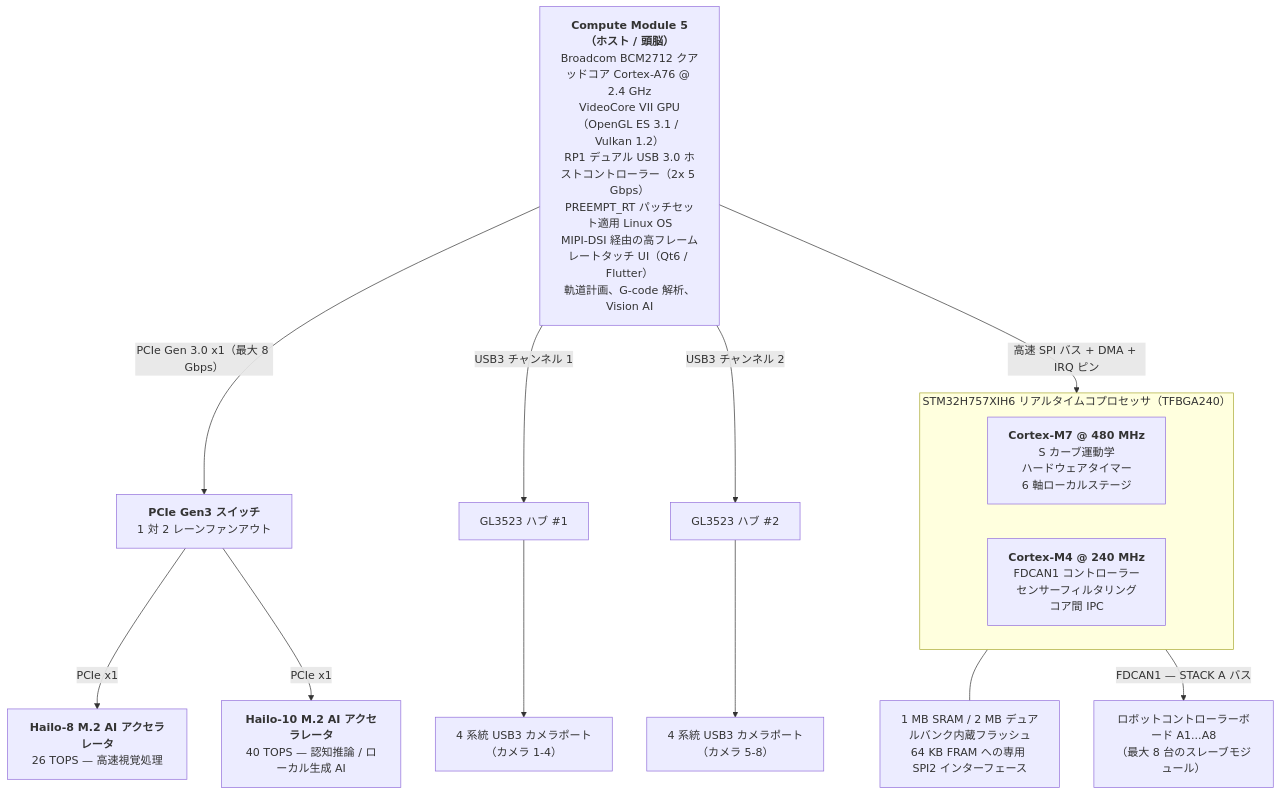
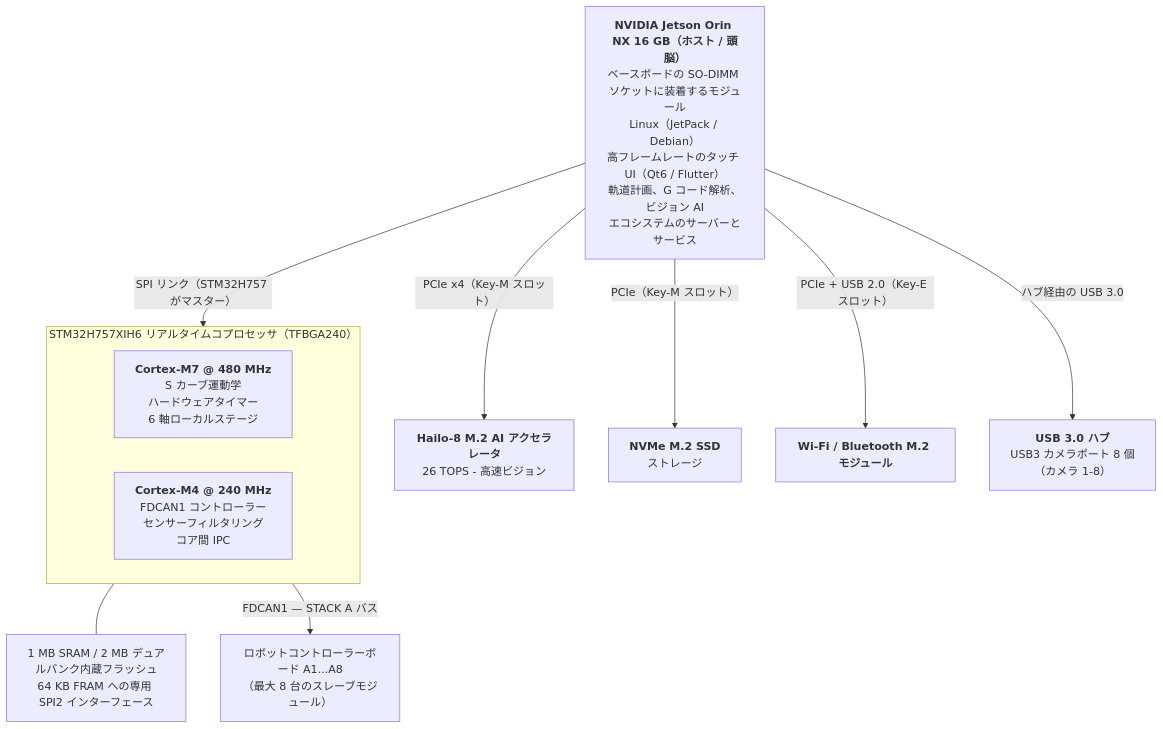
The first of 3 diagrams in README_jpn.md (JuanenRac/HYDRA-UMC), drawn with Mermaid before and after one commit. The commit also changed other lines of this file and 8 other files, not shown here.

Commit message:
Draw the Jetson baseboard in the README block diagram and feature list

````diff
--- a/README_jpn.md
+++ b/README_jpn.md
@@ -93,24 +95,21 @@
 ```mermaid
 flowchart TB
-    CM5["<b>Compute Module 5（ホスト / 頭脳）</b><br/>Broadcom BCM2712 クアッドコア Cortex-A76 @ 2.4 GHz<br/>VideoCore VII GPU（OpenGL ES 3.1 / Vulkan 1.2）<br/>RP1 デュアル USB 3.0 ホストコントローラー（2x 5 Gbps）<br/>PREEMPT_RT パッチセット適用 Linux OS<br/>MIPI-DSI 経由の高フレームレートタッチ UI（Qt6 / Flutter）<br/>軌道計画、G-code 解析、Vision AI"]
+    JETSON["<b>NVIDIA Jetson Orin NX 16 GB（ホスト / 頭脳）</b><br/>ベースボードの SO-DIMM ソケットに装着するモジュール<br/>Linux（JetPack / Debian）<br/>高フレームレートのタッチ UI（Qt6 / Flutter）<br/>軌道計画、G コード解析、ビジョン AI<br/>エコシステムのサーバーとサービス"]
 
-    CM5 -- "PCIe Gen 3.0 x1（最大 8 Gbps）" --> PCIESW["<b>PCIe Gen3 スイッチ</b><br/>1 対 2 レーンファンアウト"]
-    PCIESW -- "PCIe x1" --> HAILO8["<b>Hailo-8 M.2 AI アクセラレータ</b><br/>26 TOPS — 高速視覚処理"]
-    PCIESW -- "PCIe x1" --> HAILO10["<b>Hailo-10 M.2 AI アクセラレータ</b><br/>40 TOPS — 認知推論 / ローカル生成 AI"]
-    CM5 -- "USB3 チャンネル 1" --> HUB1["GL3523 ハブ #1"]
-    CM5 -- "USB3 チャンネル 2" --> HUB2["GL3523 ハブ #2"]
-    HUB1 --> CAM14["4 系統 USB3 カメラポート<br/>（カメラ 1-4）"]
-    HUB2 --> CAM58["4 系統 USB3 カメラポート<br/>（カメラ 5-8）"]
+    JETSON -- "PCIe x4（Key-M スロット）" --> HAILO8["<b>Hailo-8 M.2 AI アクセラレータ</b><br/>26 TOPS - 高速ビジョン"]
+    JETSON -- "PCIe（Key-M スロット）" --> NVME["<b>NVMe M.2 SSD</b><br/>ストレージ"]
+    JETSON -- "PCIe + USB 2.0（Key-E スロット）" --> WIFI["<b>Wi-Fi / Bluetooth M.2 モジュール</b>"]
+    JETSON -- "ハブ経由の USB 3.0" --> HUBS["<b>USB 3.0 ハブ</b><br/>USB3 カメラポート 8 個<br/>（カメラ 1-8）"]
 
-    CM5 -- "高速 SPI バス + DMA + IRQ ピン" --> MCU
+    JETSON -- "SPI リンク（STM32H757 がマスター）" --> MCU
 
     subgraph MCU["STM32H757XIH6 リアルタイムコプロセッサ（TFBGA240）"]
         direction LR
         CM7["<b>Cortex-M7 @ 480 MHz</b><br/>S カーブ運動学<br/>ハードウェアタイマー<br/>6 軸ローカルステージ"]
         CM4["<b>Cortex-M4 @ 240 MHz</b><br/>FDCAN1 コントローラー<br/>センサーフィルタリング<br/>コア間 IPC"]
     end
     MEM["1 MB SRAM / 2 MB デュアルバンク内蔵フラッシュ<br/>64 KB FRAM への専用 SPI2 インターフェース"]
     MCU --- MEM
 
     MCU -- "FDCAN1 — STACK A バス" --> ROBOTS["ロボットコントローラーボード A1...A8<br/>（最大 8 台のスレーブモジュール）"]
 ```
````
